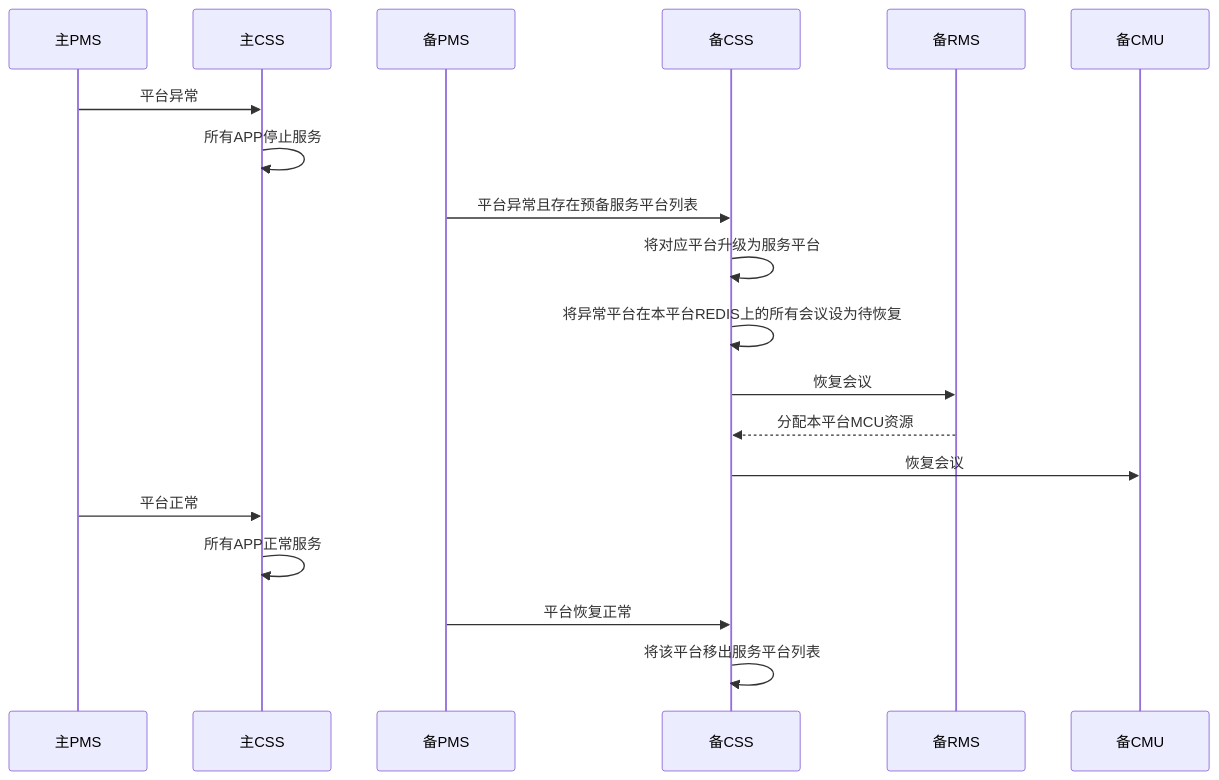
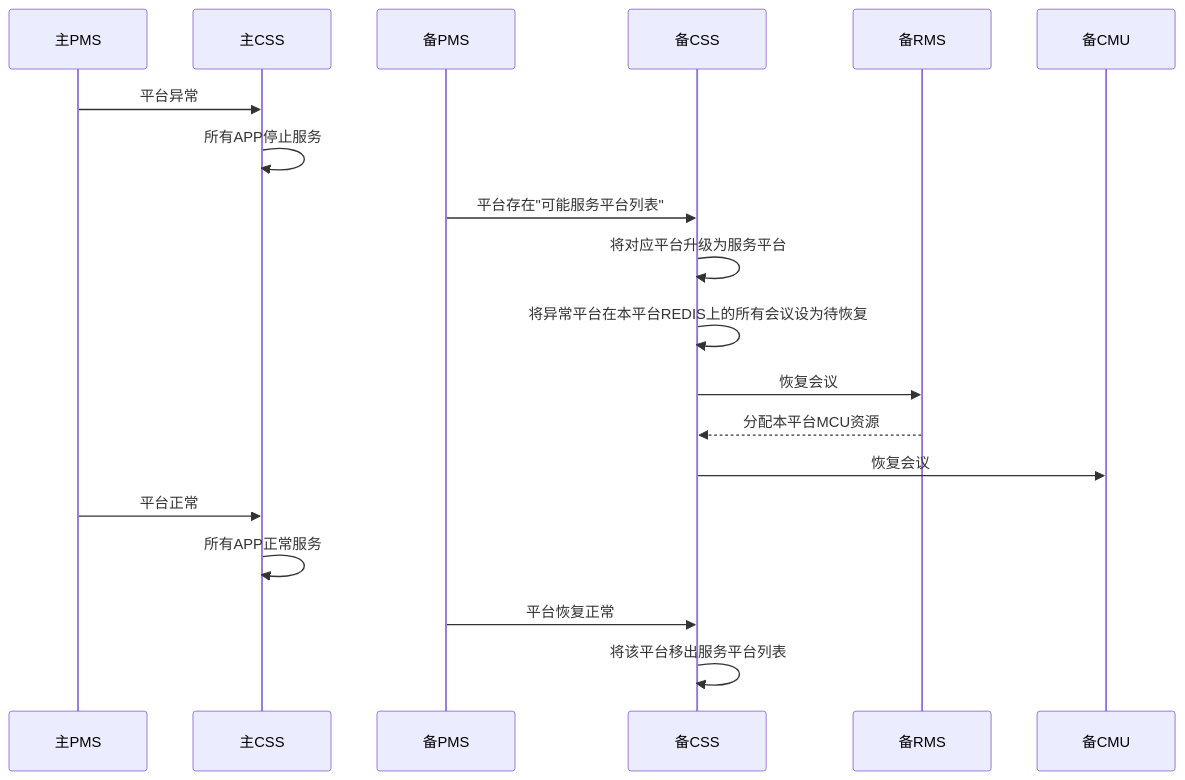
Before and after one commit to github188/w_doc: the fifth of 5 diagrams in x需求_/5.1sp4css/5.1sp4css概要设计.md, drawn with Mermaid. The commit also changed other lines of this file and 2 other files, not shown here.

````diff
--- a/x需求_/5.1sp4css/5.1sp4css概要设计.md
+++ b/x需求_/5.1sp4css/5.1sp4css概要设计.md
@@ -174,15 +188,15 @@
 ```mermaid
 sequenceDiagram
 主PMS->>主CSS: 平台异常
 主CSS->>主CSS: 所有APP停止服务
-备PMS->>备CSS: 平台异常且存在预备服务平台列表
+备PMS->>备CSS: 平台存在"可能服务平台列表"
 备CSS->>备CSS: 将对应平台升级为服务平台
 备CSS->>备CSS: 将异常平台在本平台REDIS上的所有会议设为待恢复
 备CSS->>备RMS: 恢复会议
 备RMS-->>备CSS: 分配本平台MCU资源
 备CSS->>备CMU: 恢复会议
 主PMS->>主CSS: 平台正常
 主CSS->>主CSS: 所有APP正常服务
 备PMS->>备CSS: 平台恢复正常
 备CSS->>备CSS: 将该平台移出服务平台列表
 ```
````
